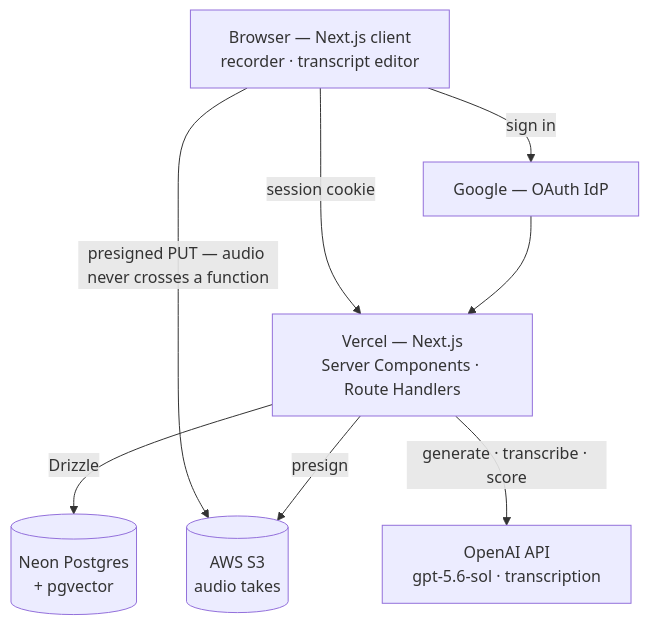
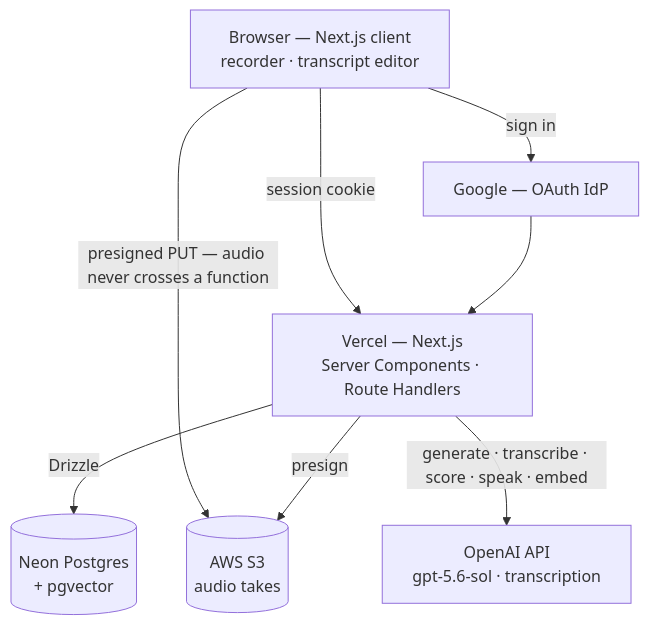
One commit to yutaasakura96/suburi changed the diagram in docs/03-technical-design.md. Above: the diagram before and after it, drawn with Mermaid. The commit also changed other lines of this file and 10 other files, not shown here.

````diff
--- a/docs/03-technical-design.md
+++ b/docs/03-technical-design.md
@@ -119,17 +120,17 @@
 ```mermaid
 flowchart TB
     B["Browser — Next.js client<br/>recorder · transcript editor"]
     V["Vercel — Next.js<br/>Server Components · Route Handlers"]
     N[("Neon Postgres<br/>+ pgvector")]
     S3[("AWS S3<br/>audio takes")]
     O["OpenAI API<br/>gpt-5.6-sol · transcription"]
     G["Google — OAuth IdP"]
 
     B -->|"session cookie"| V
     B -->|"presigned PUT — audio never crosses a function"| S3
     V -->|"Drizzle"| N
     V -->|"presign"| S3
-    V -->|"generate · transcribe · score"| O
+    V -->|"generate · transcribe · score · speak · embed"| O
     B -->|"sign in"| G
     G --> V
 ```
````
